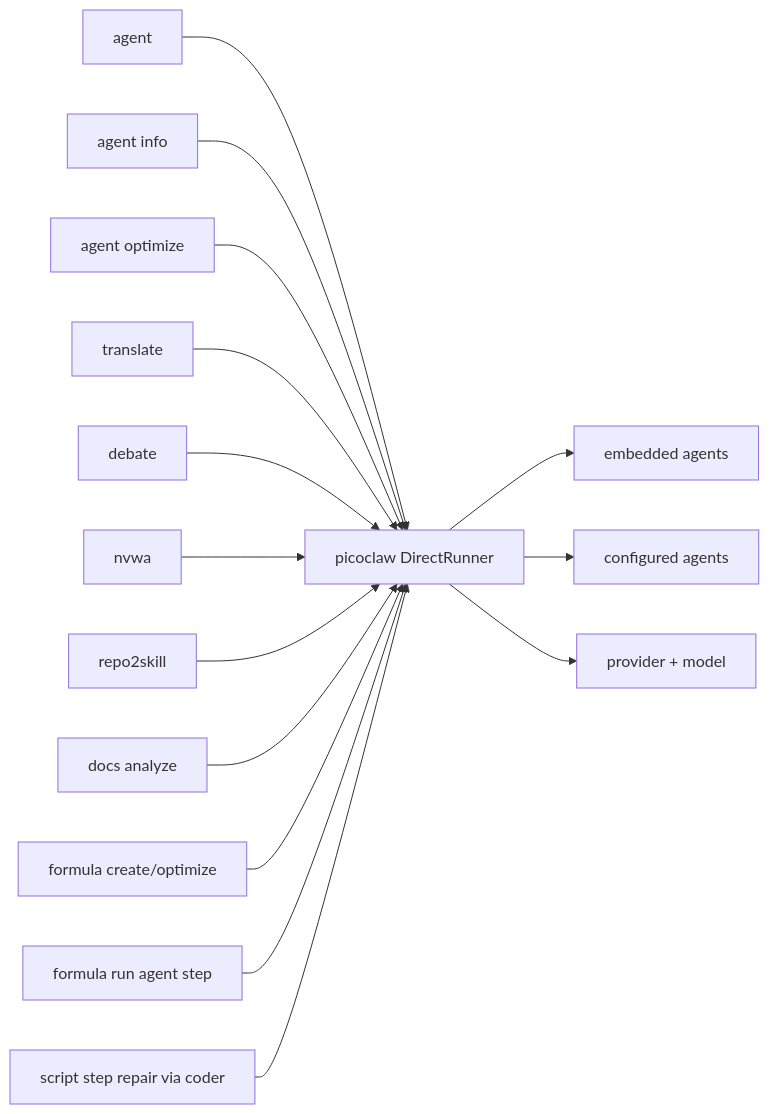
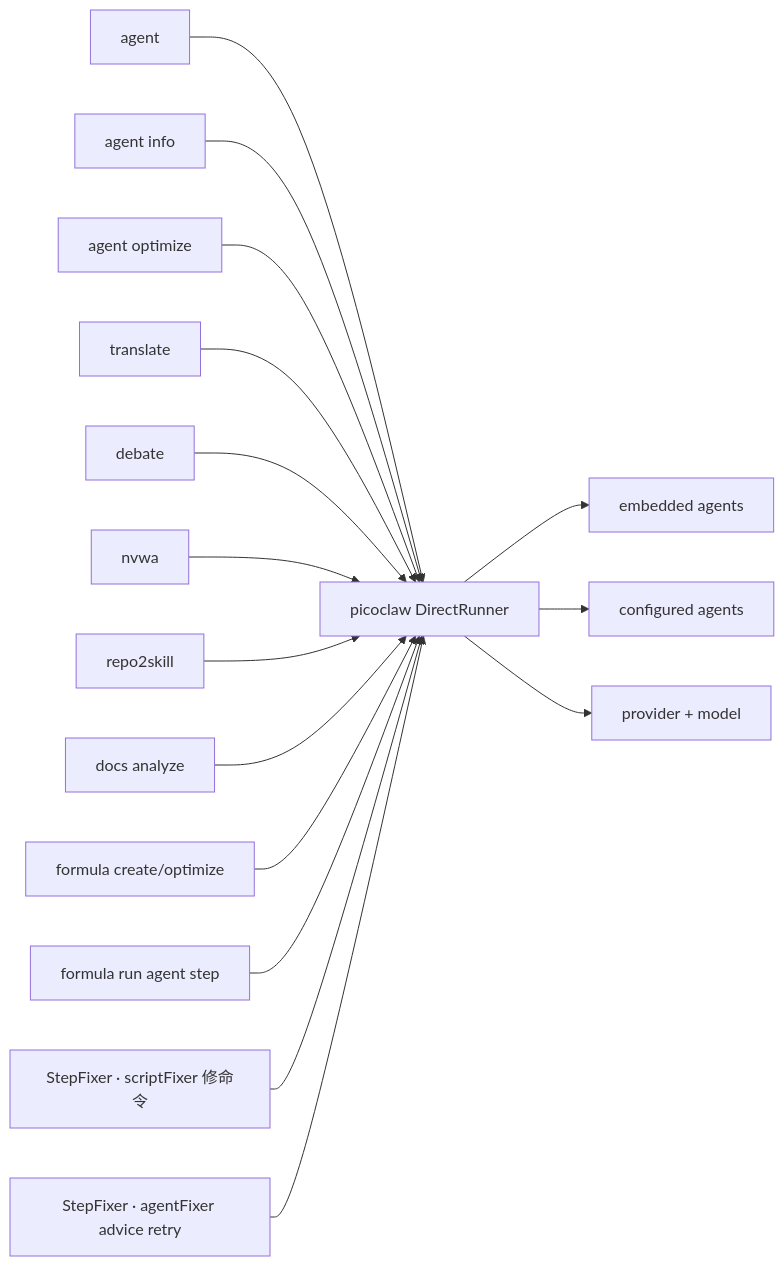
Before and after one commit to sjzsdu/tt: the fifth of 5 diagrams in ai-docs/picoclaw-integration.md, drawn with Mermaid. The commit also changed other lines of this file and 10 other files, not shown here.

````diff
--- a/ai-docs/picoclaw-integration.md
+++ b/ai-docs/picoclaw-integration.md
@@ -197,18 +197,19 @@
 ```mermaid
 flowchart LR
     A[agent] --> P[picoclaw DirectRunner]
     A2[agent info] --> P
     A3[agent optimize] --> P
     B[translate] --> P
     C[debate] --> P
     D[nvwa] --> P
     E[repo2skill] --> P
     F[docs analyze] --> P
     G[formula create/optimize] --> P
     G2[formula run agent step] --> P
-    H[script step repair via coder] --> P
+    H[StepFixer · scriptFixer 修命令] --> P
+    H2[StepFixer · agentFixer advice retry] --> P
 
     P --> IA[embedded agents]
     P --> CA[configured agents]
     P --> PM[provider + model]
 ```
````
